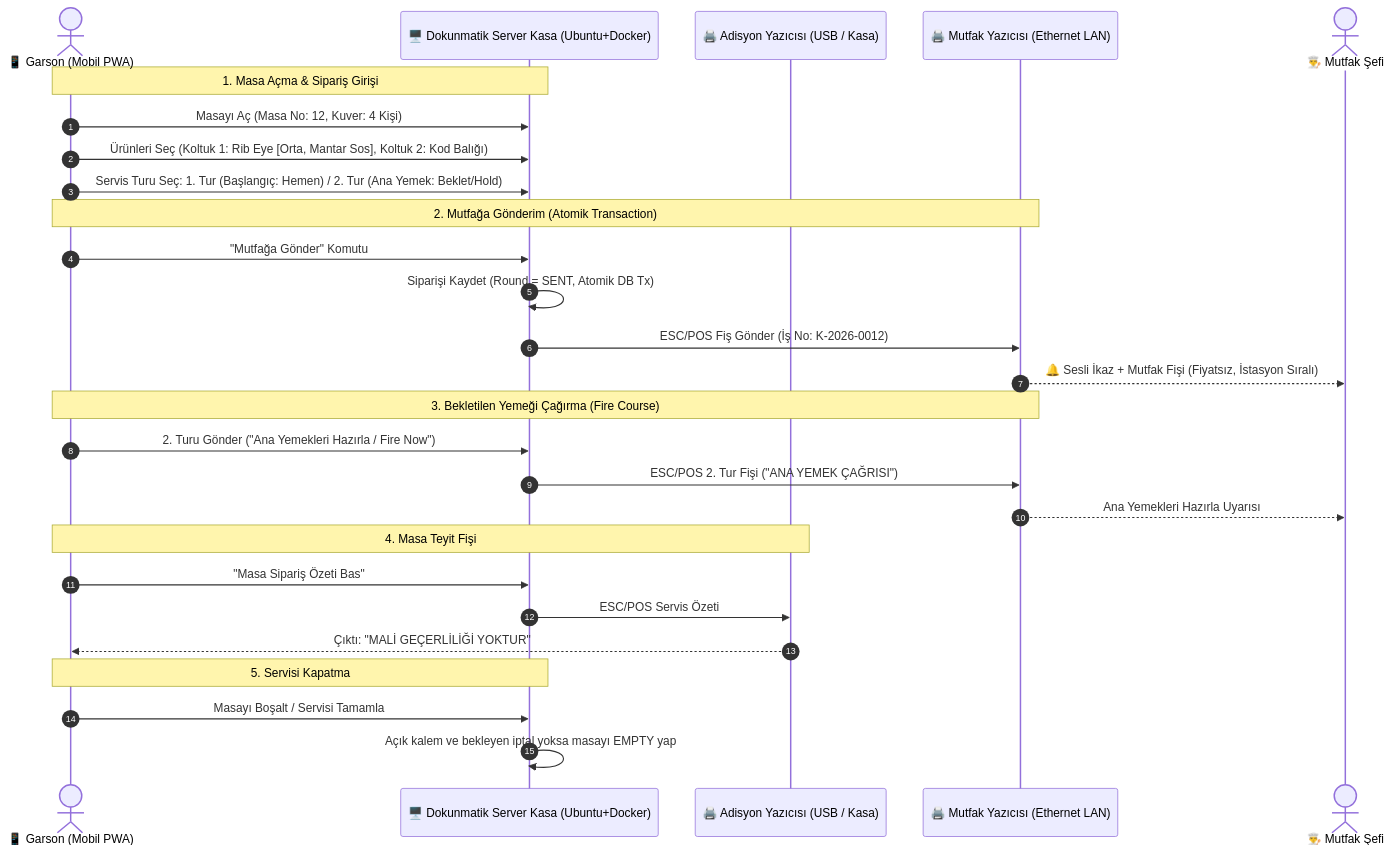
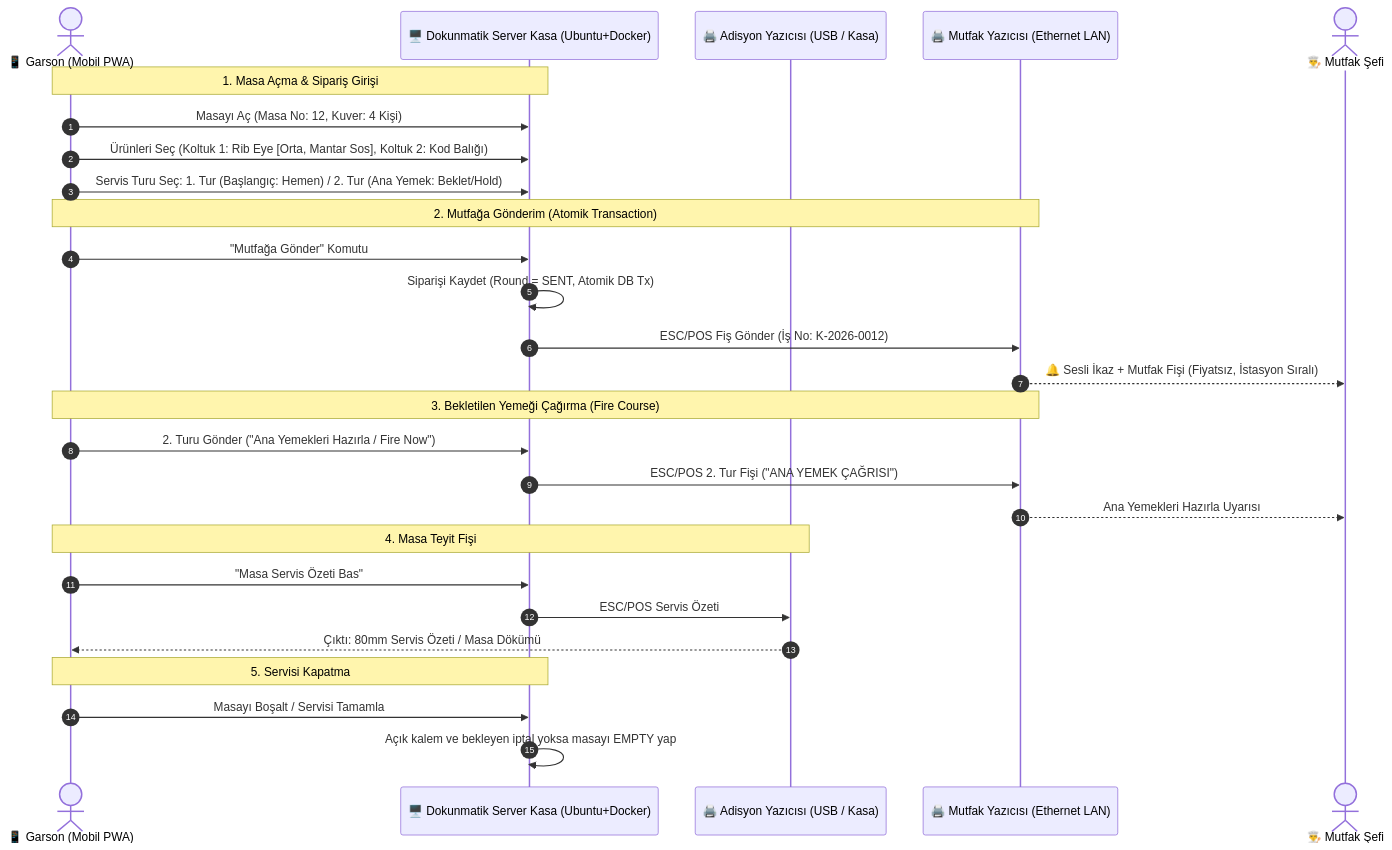
The first of 2 diagrams in docs/MERIT_ROYAL_5_ALACARTE_IZOLE_AG_VE_OPERASYON_MIMARISI.md (Optimus825482/alacart), drawn with Mermaid before and after one commit. The commit also changed other lines of this file, not shown here.

Commit message:
docs: refine architecture document with clean receipt format and guided repair options

````diff
--- a/docs/MERIT_ROYAL_5_ALACARTE_IZOLE_AG_VE_OPERASYON_MIMARISI.md
+++ b/docs/MERIT_ROYAL_5_ALACARTE_IZOLE_AG_VE_OPERASYON_MIMARISI.md
@@ -160,34 +178,34 @@
 ```mermaid
 sequenceDiagram
     autonumber
     actor Garson as 📱 Garson (Mobil PWA)
     participant Kasa as 🖥️ Dokunmatik Server Kasa (Ubuntu+Docker)
     participant Adisyon as 🖨️ Adisyon Yazıcısı (USB / Kasa)
     participant Mutfak as 🖨️ Mutfak Yazıcısı (Ethernet LAN)
     actor Sef as 👨‍🍳 Mutfak Şefi
 
     Note over Garson,Kasa: 1. Masa Açma & Sipariş Girişi
     Garson->>Kasa: Masayı Aç (Masa No: 12, Kuver: 4 Kişi)
     Garson->>Kasa: Ürünleri Seç (Koltuk 1: Rib Eye [Orta, Mantar Sos], Koltuk 2: Kod Balığı)
     Garson->>Kasa: Servis Turu Seç: 1. Tur (Başlangıç: Hemen) / 2. Tur (Ana Yemek: Beklet/Hold)
 
     Note over Garson,Mutfak: 2. Mutfağa Gönderim (Atomik Transaction)
     Garson->>Kasa: "Mutfağa Gönder" Komutu
     Kasa->>Kasa: Siparişi Kaydet (Round = SENT, Atomik DB Tx)
     Kasa->>Mutfak: ESC/POS Fiş Gönder (İş No: K-2026-0012)
     Mutfak-->>Sef: 🔔 Sesli İkaz + Mutfak Fişi (Fiyatsız, İstasyon Sıralı)
 
     Note over Garson,Mutfak: 3. Bekletilen Yemeği Çağırma (Fire Course)
     Garson->>Kasa: 2. Turu Gönder ("Ana Yemekleri Hazırla / Fire Now")
     Kasa->>Mutfak: ESC/POS 2. Tur Fişi ("ANA YEMEK ÇAĞRISI")
     Mutfak-->>Sef: Ana Yemekleri Hazırla Uyarısı
 
     Note over Garson,Adisyon: 4. Masa Teyit Fişi
-    Garson->>Kasa: "Masa Sipariş Özeti Bas"
+    Garson->>Kasa: "Masa Servis Özeti Bas"
     Kasa->>Adisyon: ESC/POS Servis Özeti
-    Adisyon-->>Garson: Çıktı: "MALİ GEÇERLİLİĞİ YOKTUR"
+    Adisyon-->>Garson: Çıktı: 80mm Servis Özeti / Masa Dökümü
 
     Note over Garson,Kasa: 5. Servisi Kapatma
     Garson->>Kasa: Masayı Boşalt / Servisi Tamamla
     Kasa->>Kasa: Açık kalem ve bekleyen iptal yoksa masayı EMPTY yap
 ```
````
